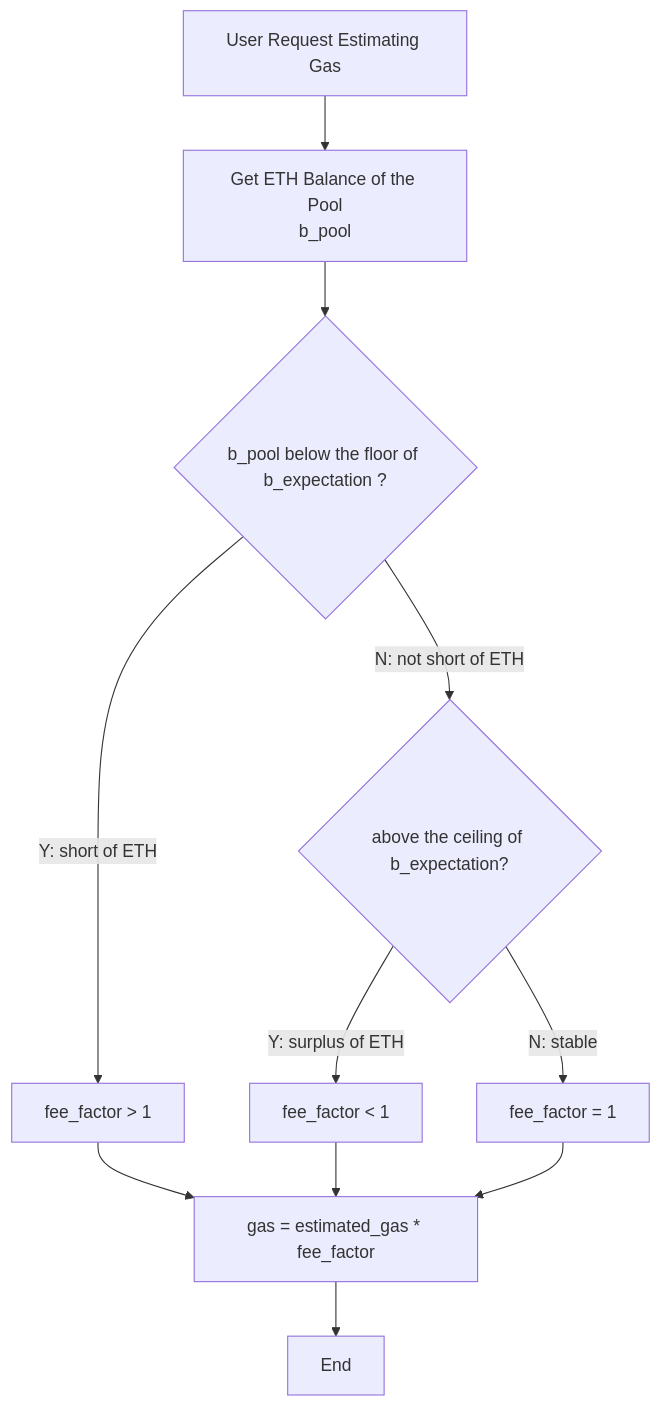
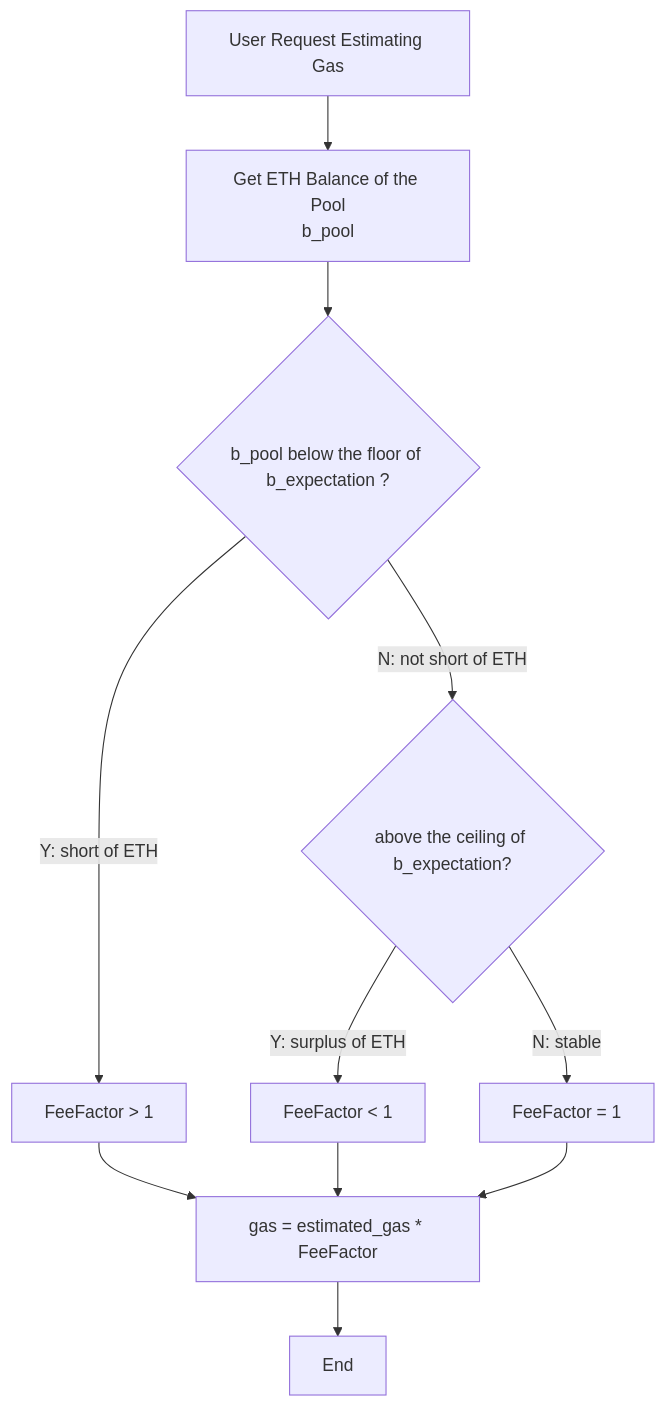
One commit to codatta/jekyll_blog changed the second of 2 diagrams in _posts/2026-02-10-XNY-Gas-Payment-Mechanism-and-Cost-Smoothing.markdown. Above: the diagram before and after it, drawn with Mermaid. The commit also changed other lines of this file, not shown here.

````diff
--- a/_posts/2026-02-10-XNY-Gas-Payment-Mechanism-and-Cost-Smoothing.markdown
+++ b/_posts/2026-02-10-XNY-Gas-Payment-Mechanism-and-Cost-Smoothing.markdown
@@ -212,22 +212,22 @@
 ```mermaid
 flowchart TD
     Start[User Request Estimating Gas] --> Pool[Get ETH Balance of the Pool<br/>b_pool]
     
     Pool --> Compare{b_pool below the floor of b_expectation ?}
     
-    Compare -->|Y: short of ETH| Below[fee_factor > 1]
+    Compare -->|Y: short of ETH| Below[FeeFactor > 1]
     
     Compare -->|N: not short of ETH| CheckAbove{above the ceiling of b_expectation?}
     
-    CheckAbove -->|Y: surplus of ETH| Above[fee_factor < 1]
+    CheckAbove -->|Y: surplus of ETH| Above[FeeFactor < 1]
     
-    CheckAbove -->|N: stable| Stable[fee_factor = 1]
+    CheckAbove -->|N: stable| Stable[FeeFactor = 1]
     
-    Gas[gas = estimated_gas * fee_factor]
+    Gas[gas = estimated_gas * FeeFactor]
 
     Below --> Gas
     Above --> Gas
     Stable --> Gas
 
     Gas --> End
 ```
````
